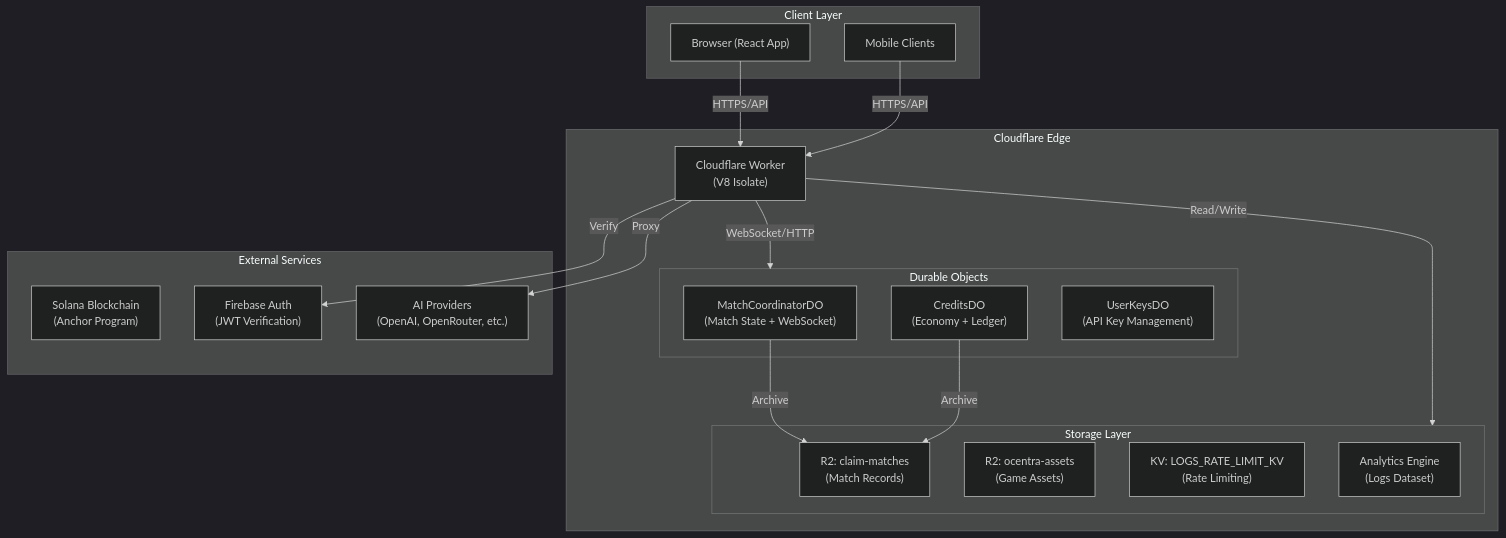
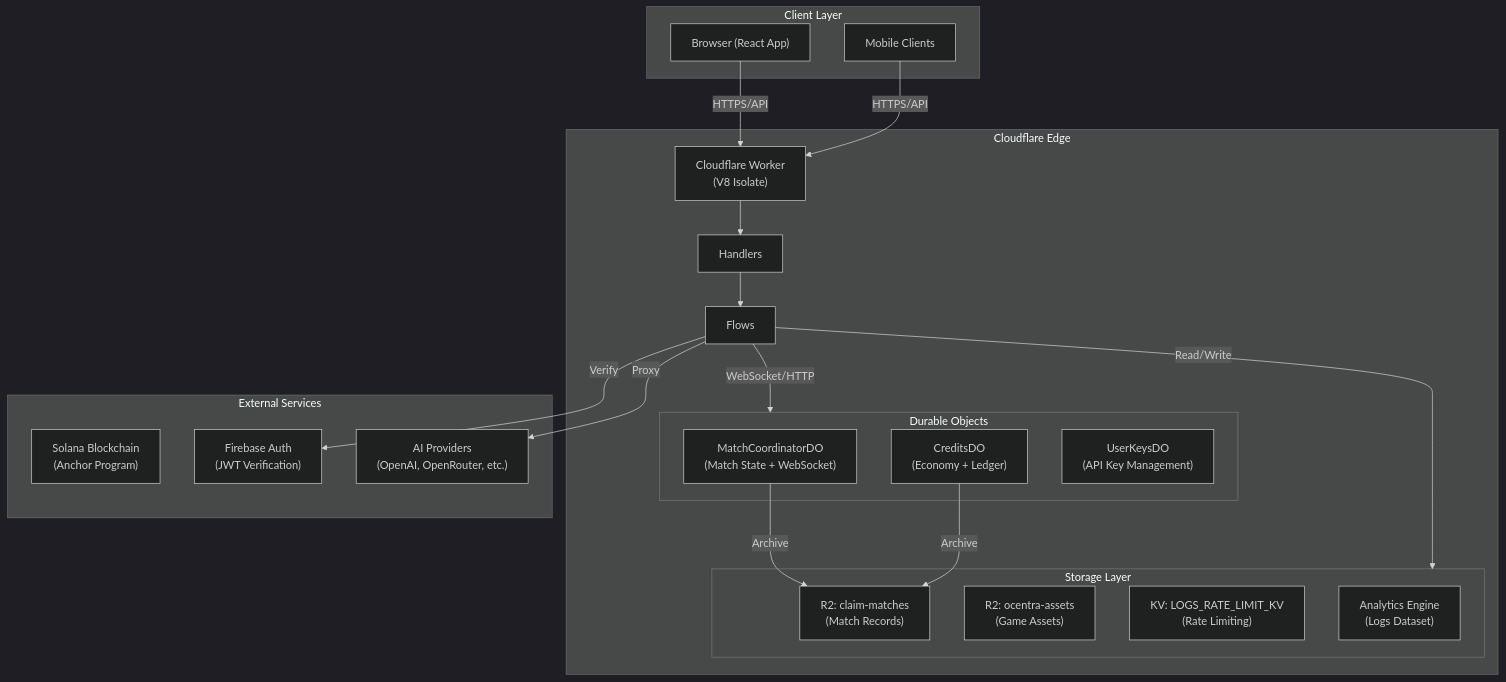
One commit to ocentra/ocentra-games changed the second of 18 diagrams in infra/cloudflare/docs/ARCHITECTURE.md. Above: the diagram before and after it, drawn with Mermaid (dark theme). The commit also changed other lines of this file and 35 other files, not shown here.

````diff
--- a/infra/cloudflare/docs/ARCHITECTURE.md
+++ b/infra/cloudflare/docs/ARCHITECTURE.md
@@ -73,41 +73,44 @@
 ```mermaid
 flowchart TB
     subgraph Client["Client Layer"]
         Browser["Browser (React App)"]
         Mobile["Mobile Clients"]
     end
 
     subgraph Cloudflare["Cloudflare Edge"]
         Worker["Cloudflare Worker<br/>(V8 Isolate)"]
-        
+        Handlers["Handlers"]
+        Flows["Flows"]
+
         subgraph DOs["Durable Objects"]
             MatchDO["MatchCoordinatorDO<br/>(Match State + WebSocket)"]
             CreditsDO["CreditsDO<br/>(Economy + Ledger)"]
             UserKeysDO["UserKeysDO<br/>(API Key Management)"]
         end
-        
+
         subgraph Storage["Storage Layer"]
             R2Matches["R2: claim-matches<br/>(Match Records)"]
             R2Assets["R2: ocentra-assets<br/>(Game Assets)"]
             KV["KV: LOGS_RATE_LIMIT_KV<br/>(Rate Limiting)"]
             Analytics["Analytics Engine<br/>(Logs Dataset)"]
         end
     end
-    
+
     subgraph External["External Services"]
         Solana["Solana Blockchain<br/>(Anchor Program)"]
         Firebase["Firebase Auth<br/>(JWT Verification)"]
         AI["AI Providers<br/>(OpenAI, OpenRouter, etc.)"]
     end
 
     Browser -->|HTTPS/API| Worker
     Mobile -->|HTTPS/API| Worker
-    
-    Worker -->|WebSocket/HTTP| DOs
-    Worker -->|Read/Write| Storage
-    Worker -->|Verify| Firebase
-    Worker -->|Proxy| AI
-    
+    Worker --> Handlers
+    Handlers --> Flows
+    Flows -->|WebSocket/HTTP| DOs
+    Flows -->|Read/Write| Storage
+    Flows -->|Verify| Firebase
+    Flows -->|Proxy| AI
+
     MatchDO -->|Archive| R2Matches
     CreditsDO -->|Archive| R2Matches
 ```
````
